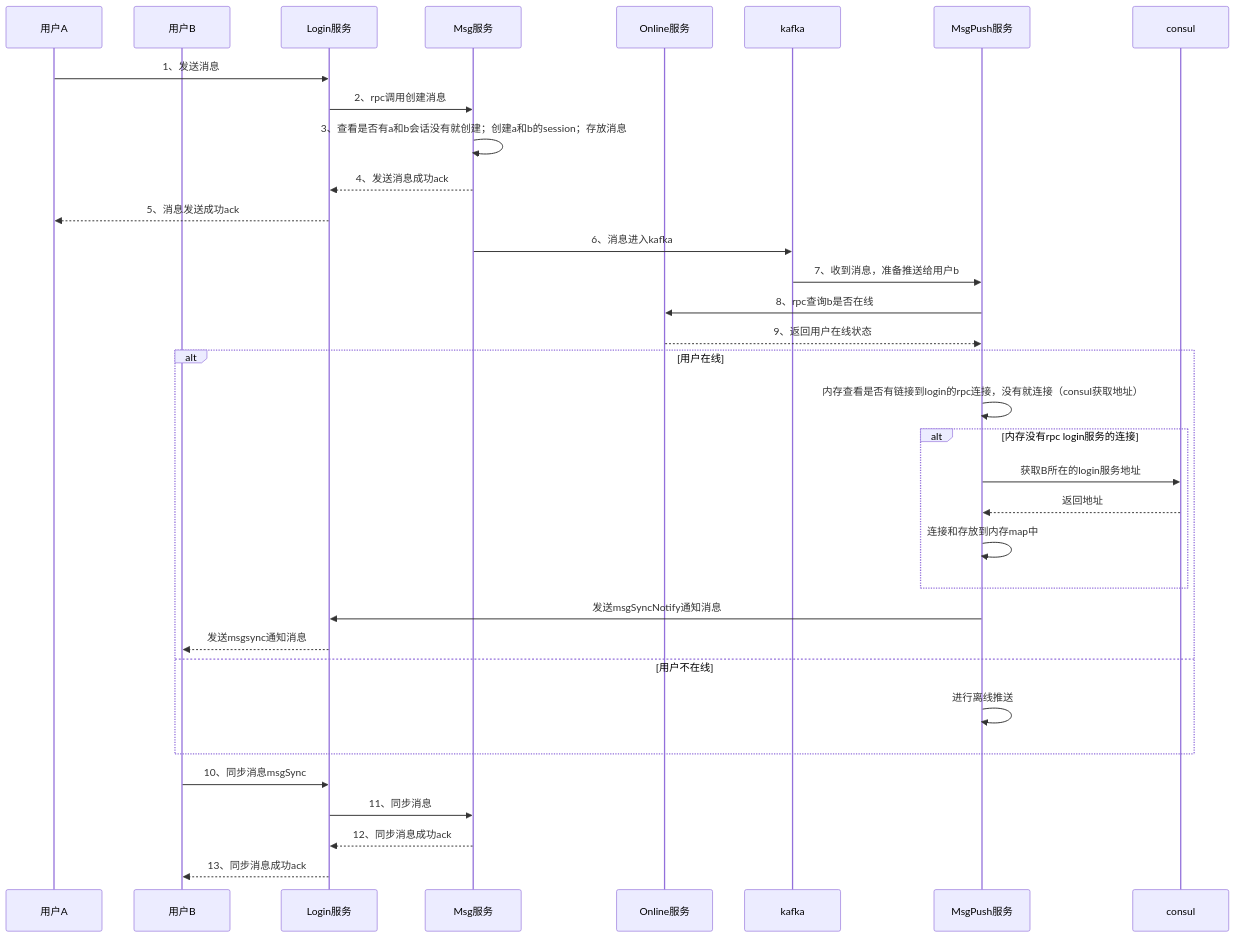
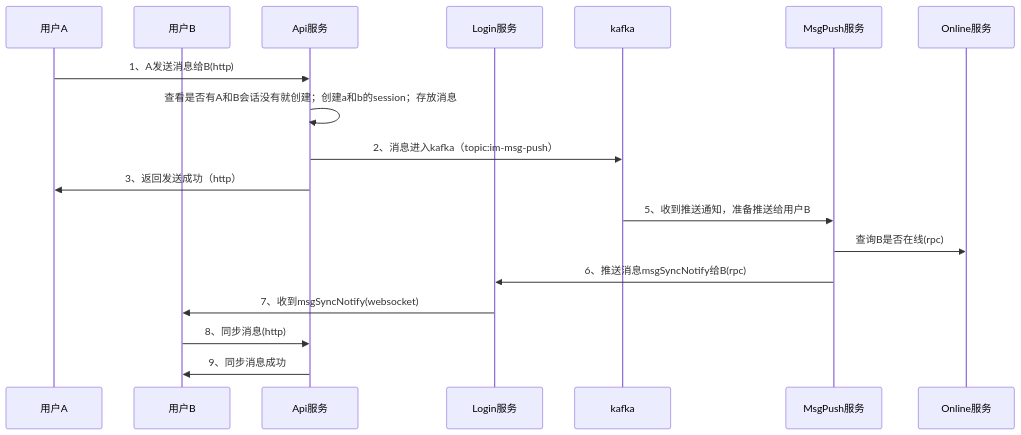
The diagram in doc/im_msg.mmd (haomiao33/minim), drawn with Mermaid before and after one commit.

Commit message:
修复流程图

```diff
--- a/doc/im_msg.mmd
+++ b/doc/im_msg.mmd
@@ -1,35 +1,19 @@
 sequenceDiagram
     participant A as 用户A
     participant B as 用户B
+    participant ServerApi as Api服务
     participant ServerLogin as Login服务
-    participant ServerMsg as Msg服务
-    participant ServerOnline as Online服务
     participant kafka
     participant ServerMsgPush as MsgPush服务
-    participant consul
+    participant ServerOnline as Online服务
 
-    A->>ServerLogin: 1、发送消息
-    ServerLogin->>ServerMsg: 2、rpc调用创建消息
-    ServerMsg->>ServerMsg: 3、查看是否有a和b会话没有就创建；创建a和b的session；存放消息
-    ServerMsg-->>ServerLogin: 4、发送消息成功ack
-    ServerLogin-->>A: 5、消息发送成功ack
-    ServerMsg->>kafka: 6、消息进入kafka
-    kafka->>ServerMsgPush: 7、收到消息，准备推送给用户b
-    ServerMsgPush->>ServerOnline: 8、rpc查询b是否在线
-    ServerOnline-->>ServerMsgPush: 9、返回用户在线状态
-    alt 用户在线
-        ServerMsgPush->>ServerMsgPush: 内存查看是否有链接到login的rpc连接，没有就连接（consul获取地址）
-        alt 内存没有rpc login服务的连接
-            ServerMsgPush->>consul: 获取B所在的login服务地址
-            consul-->>ServerMsgPush: 返回地址
-            ServerMsgPush->>ServerMsgPush: 连接和存放到内存map中
-        end
-        ServerMsgPush->>ServerLogin: 发送msgSyncNotify通知消息
-        ServerLogin-->>B: 发送msgsync通知消息
-    else 用户不在线
-        ServerMsgPush->>ServerMsgPush: 进行离线推送
-    end
-    B->>ServerLogin: 10、同步消息msgSync
-    ServerLogin->>ServerMsg: 11、同步消息
-    ServerMsg-->>ServerLogin: 12、同步消息成功ack
-    ServerLogin-->>B: 13、同步消息成功ack
+    A->>ServerApi: 1、A发送消息给B(http)
+    ServerApi->>ServerApi: 查看是否有A和B会话没有就创建；创建a和b的session；存放消息
+    ServerApi->>kafka: 2、消息进入kafka（topic:im-msg-push）
+    ServerApi->>A: 3、返回发送成功（http）
+    kafka->>ServerMsgPush: 5、收到推送通知，准备推送给用户B
+    ServerMsgPush->>ServerOnline: 查询B是否在线(rpc)
+    ServerMsgPush->>ServerLogin: 6、推送消息msgSyncNotify给B(rpc)
+    ServerLogin->>B: 7、收到msgSyncNotify(websocket)
+    B->>ServerApi: 8、同步消息(http)
+    ServerApi->>B: 9、同步消息成功
```
